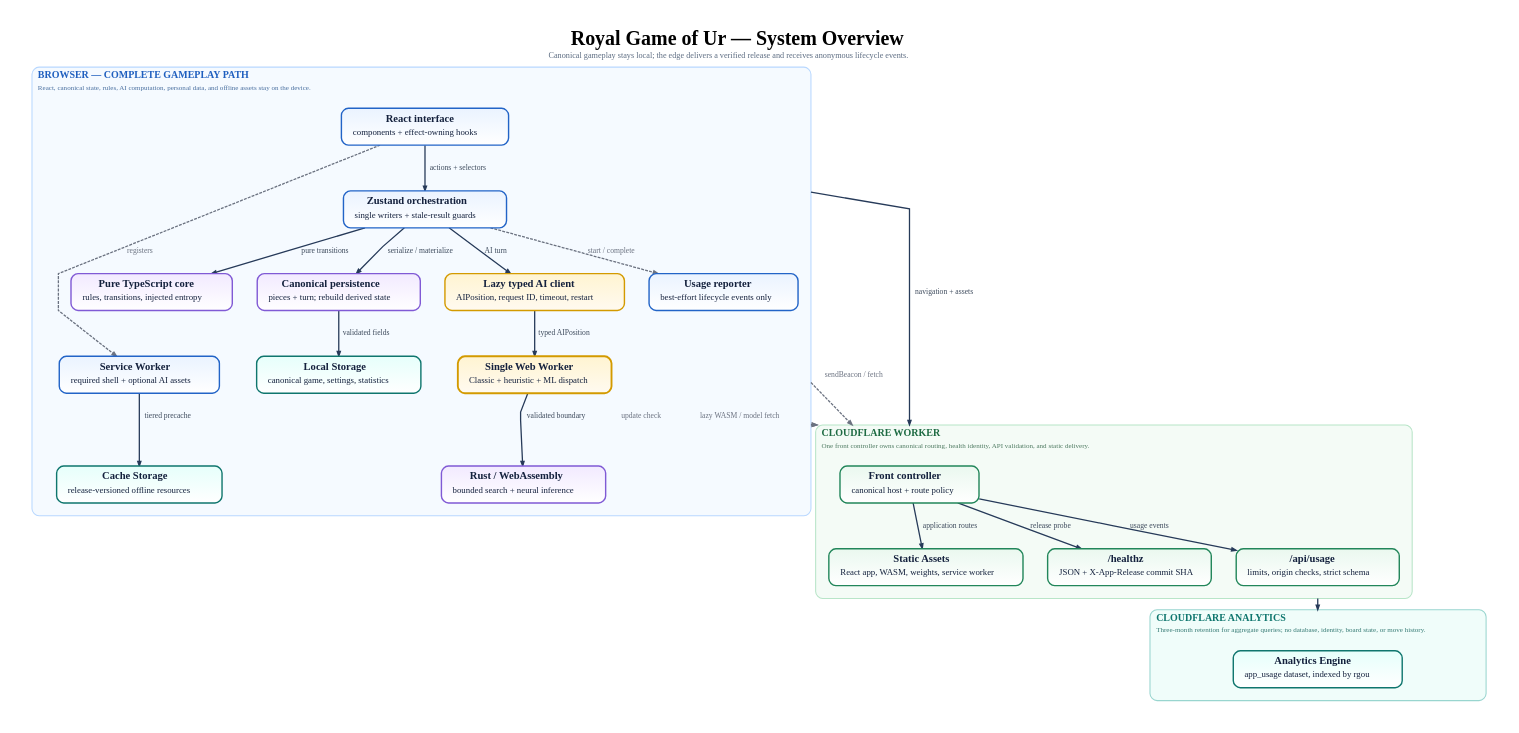
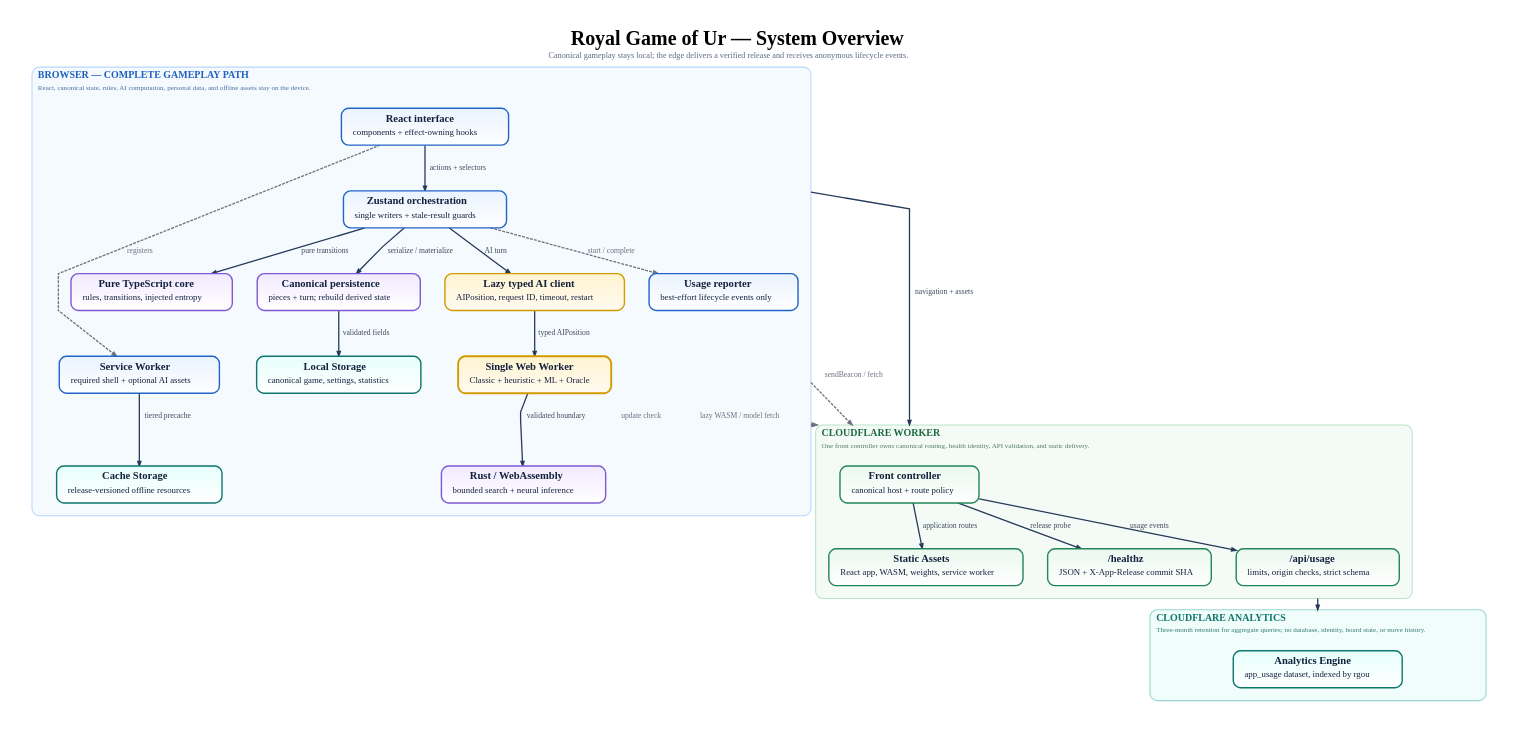
One commit to tre-systems/rgou-cloudflare changed the diagram in docs/diagrams/system-overview.dot. Above: the diagram before and after it, drawn with Graphviz. The commit also changed 45 other files, not shown here.

```diff
--- a/docs/diagrams/system-overview.dot
+++ b/docs/diagrams/system-overview.dot
@@ -1,125 +1,125 @@
 digraph SystemOverview {
   graph [
     rankdir=TB,
     bgcolor="#ffffff",
     pad="0.55",
     nodesep="0.58",
     ranksep="0.88",
     splines=polyline,
     outputorder=edgesfirst,
     compound=true,
     newrank=true,
     forcelabels=true,
     fontname="Avenir",
     label=<<TABLE BORDER="0" CELLBORDER="0" CELLSPACING="0" CELLPADDING="0"><TR><TD><FONT POINT-SIZE="34"><B>Royal Game of Ur — System Overview</B></FONT></TD></TR><TR><TD><FONT POINT-SIZE="14" COLOR="#5b6b80">Canonical gameplay stays local; the edge delivers a verified release and receives anonymous lifecycle events.</FONT></TD></TR></TABLE>>,
     labelloc=t,
     labeljust=c
   ];
 
   node [
     shape=box,
     style="rounded,filled",
     margin="0.21,0.13",
     width=2.85,
     height=0.72,
     fontname="Avenir",
     fontsize=18,
     penwidth=2.4,
     fontcolor="#14213d",
     color="#2264c7",
     fillcolor="#eaf3ff:#ffffff",
     gradientangle=270
   ];
 
   edge [
     color="#263a59",
     fontname="Avenir",
     fontsize=13,
     fontcolor="#3d4a5c",
     penwidth=2.2,
     arrowsize=0.78
   ];
 
   subgraph cluster_browser {
     graph [
       label=<<TABLE BORDER="0" CELLBORDER="0" CELLSPACING="0" CELLPADDING="2"><TR><TD ALIGN="LEFT"><FONT POINT-SIZE="17" COLOR="#1f5fbf"><B>BROWSER — COMPLETE GAMEPLAY PATH</B></FONT></TD></TR><TR><TD ALIGN="LEFT"><FONT POINT-SIZE="12" COLOR="#496f9f">React, canonical state, rules, AI computation, personal data, and offline assets stay on the device.</FONT></TD></TR></TABLE>>,
       labelloc=t,
       labeljust=l,
       color="#b9d8ff",
       fillcolor="#f5faff",
       style="rounded,filled",
       penwidth=1.8,
       margin=22
     ];
 
     UI [label=<<TABLE BORDER="0" CELLBORDER="0" CELLSPACING="0" CELLPADDING="0"><TR><TD><B>React interface</B></TD></TR><TR><TD CELLPADDING="4"><FONT POINT-SIZE="15">components + effect-owning hooks</FONT></TD></TR></TABLE>>];
     STORE [label=<<TABLE BORDER="0" CELLBORDER="0" CELLSPACING="0" CELLPADDING="0"><TR><TD><B>Zustand orchestration</B></TD></TR><TR><TD CELLPADDING="4"><FONT POINT-SIZE="15">single writers + stale-result guards</FONT></TD></TR></TABLE>>];
     CORE [label=<<TABLE BORDER="0" CELLBORDER="0" CELLSPACING="0" CELLPADDING="0"><TR><TD><B>Pure TypeScript core</B></TD></TR><TR><TD CELLPADDING="4"><FONT POINT-SIZE="15">rules, transitions, injected entropy</FONT></TD></TR></TABLE>>, fillcolor="#f2eaff:#ffffff", color="#805ad5"];
     PROJECTION [label=<<TABLE BORDER="0" CELLBORDER="0" CELLSPACING="0" CELLPADDING="0"><TR><TD><B>Canonical persistence</B></TD></TR><TR><TD CELLPADDING="4"><FONT POINT-SIZE="15">pieces + turn; rebuild derived state</FONT></TD></TR></TABLE>>, fillcolor="#f2eaff:#ffffff", color="#805ad5"];
     CLIENT [label=<<TABLE BORDER="0" CELLBORDER="0" CELLSPACING="0" CELLPADDING="0"><TR><TD><B>Lazy typed AI client</B></TD></TR><TR><TD CELLPADDING="4"><FONT POINT-SIZE="15">AIPosition, request ID, timeout, restart</FONT></TD></TR></TABLE>>, fillcolor="#fff4d1:#fffaf0", color="#d39a00"];
-    WORKER [label=<<TABLE BORDER="0" CELLBORDER="0" CELLSPACING="0" CELLPADDING="0"><TR><TD><B>Single Web Worker</B></TD></TR><TR><TD CELLPADDING="4"><FONT POINT-SIZE="15">Classic + heuristic + ML dispatch</FONT></TD></TR></TABLE>>, fillcolor="#fff4d1:#fffaf0", color="#d39a00", penwidth=3.2];
+    WORKER [label=<<TABLE BORDER="0" CELLBORDER="0" CELLSPACING="0" CELLPADDING="0"><TR><TD><B>Single Web Worker</B></TD></TR><TR><TD CELLPADDING="4"><FONT POINT-SIZE="15">Classic + heuristic + ML + Oracle</FONT></TD></TR></TABLE>>, fillcolor="#fff4d1:#fffaf0", color="#d39a00", penwidth=3.2];
     WASM [label=<<TABLE BORDER="0" CELLBORDER="0" CELLSPACING="0" CELLPADDING="0"><TR><TD><B>Rust / WebAssembly</B></TD></TR><TR><TD CELLPADDING="4"><FONT POINT-SIZE="15">bounded search + neural inference</FONT></TD></TR></TABLE>>, fillcolor="#f2eaff:#ffffff", color="#805ad5"];
     USAGE [label=<<TABLE BORDER="0" CELLBORDER="0" CELLSPACING="0" CELLPADDING="0"><TR><TD><B>Usage reporter</B></TD></TR><TR><TD CELLPADDING="4"><FONT POINT-SIZE="15">best-effort lifecycle events only</FONT></TD></TR></TABLE>>];
     SW [label=<<TABLE BORDER="0" CELLBORDER="0" CELLSPACING="0" CELLPADDING="0"><TR><TD><B>Service Worker</B></TD></TR><TR><TD CELLPADDING="4"><FONT POINT-SIZE="15">required shell + optional AI assets</FONT></TD></TR></TABLE>>];
     LOCAL [label=<<TABLE BORDER="0" CELLBORDER="0" CELLSPACING="0" CELLPADDING="0"><TR><TD><B>Local Storage</B></TD></TR><TR><TD CELLPADDING="4"><FONT POINT-SIZE="15">canonical game, settings, statistics</FONT></TD></TR></TABLE>>, fillcolor="#e6fffb:#ffffff", color="#0f766e"];
     CACHE [label=<<TABLE BORDER="0" CELLBORDER="0" CELLSPACING="0" CELLPADDING="0"><TR><TD><B>Cache Storage</B></TD></TR><TR><TD CELLPADDING="4"><FONT POINT-SIZE="15">release-versioned offline resources</FONT></TD></TR></TABLE>>, fillcolor="#e6fffb:#ffffff", color="#0f766e"];
 
     UI -> STORE [label="actions + selectors"];
     STORE -> CORE [label="pure transitions"];
     STORE -> PROJECTION [label="serialize / materialize"];
     PROJECTION -> LOCAL [label="validated fields"];
     STORE -> CLIENT [label="AI turn"];
     CLIENT -> WORKER [label="typed AIPosition"];
     WORKER -> WASM [label="validated boundary"];
     STORE -> USAGE [label="start / complete", style=dashed, color="#6b7280", fontcolor="#6b7280"];
     UI -> SW [label="registers", style=dashed, color="#6b7280", fontcolor="#6b7280"];
     SW -> CACHE [label="tiered precache"];
 
     { rank=same; CORE; PROJECTION; CLIENT; USAGE; }
     { rank=same; LOCAL; WORKER; SW; }
   }
 
   subgraph cluster_edge {
     graph [
       label=<<TABLE BORDER="0" CELLBORDER="0" CELLSPACING="0" CELLPADDING="2"><TR><TD ALIGN="LEFT"><FONT POINT-SIZE="17" COLOR="#1e6b43"><B>CLOUDFLARE WORKER</B></FONT></TD></TR><TR><TD ALIGN="LEFT"><FONT POINT-SIZE="12" COLOR="#4e7a61">One front controller owns canonical routing, health identity, API validation, and static delivery.</FONT></TD></TR></TABLE>>,
       labelloc=t,
       labeljust=l,
       color="#b8e5c8",
       fillcolor="#f4fbf6",
       style="rounded,filled",
       penwidth=1.8,
       margin=22
     ];
 
     FRONT [label=<<TABLE BORDER="0" CELLBORDER="0" CELLSPACING="0" CELLPADDING="0"><TR><TD><B>Front controller</B></TD></TR><TR><TD CELLPADDING="4"><FONT POINT-SIZE="15">canonical host + route policy</FONT></TD></TR></TABLE>>, fillcolor="#eaf8ef:#ffffff", color="#22865a"];
     ASSETS [label=<<TABLE BORDER="0" CELLBORDER="0" CELLSPACING="0" CELLPADDING="0"><TR><TD><B>Static Assets</B></TD></TR><TR><TD CELLPADDING="4"><FONT POINT-SIZE="15">React app, WASM, weights, service worker</FONT></TD></TR></TABLE>>, fillcolor="#eaf8ef:#ffffff", color="#22865a"];
     HEALTH [label=<<TABLE BORDER="0" CELLBORDER="0" CELLSPACING="0" CELLPADDING="0"><TR><TD><B>/healthz</B></TD></TR><TR><TD CELLPADDING="4"><FONT POINT-SIZE="15">JSON + X-App-Release commit SHA</FONT></TD></TR></TABLE>>, fillcolor="#eaf8ef:#ffffff", color="#22865a"];
     API [label=<<TABLE BORDER="0" CELLBORDER="0" CELLSPACING="0" CELLPADDING="0"><TR><TD><B>/api/usage</B></TD></TR><TR><TD CELLPADDING="4"><FONT POINT-SIZE="15">limits, origin checks, strict schema</FONT></TD></TR></TABLE>>, fillcolor="#eaf8ef:#ffffff", color="#22865a"];
 
     FRONT -> ASSETS [label="application routes"];
     FRONT -> HEALTH [label="release probe"];
     FRONT -> API [label="usage events"];
     { rank=same; ASSETS; HEALTH; API; }
   }
 
   subgraph cluster_cloud_data {
     graph [
       label=<<TABLE BORDER="0" CELLBORDER="0" CELLSPACING="0" CELLPADDING="2"><TR><TD ALIGN="LEFT"><FONT POINT-SIZE="17" COLOR="#0f766e"><B>CLOUDFLARE ANALYTICS</B></FONT></TD></TR><TR><TD ALIGN="LEFT"><FONT POINT-SIZE="12" COLOR="#357a74">Three-month retention for aggregate queries; no database, identity, board state, or move history.</FONT></TD></TR></TABLE>>,
       labelloc=t,
       labeljust=l,
       color="#99d5cf",
       fillcolor="#f0fdfa",
       style="rounded,filled",
       penwidth=1.8,
       margin=22
     ];
 
     ANALYTICS [label=<<TABLE BORDER="0" CELLBORDER="0" CELLSPACING="0" CELLPADDING="0"><TR><TD><B>Analytics Engine</B></TD></TR><TR><TD CELLPADDING="4"><FONT POINT-SIZE="15">app_usage dataset, indexed by rgou</FONT></TD></TR></TABLE>>, fillcolor="#e6fffb:#ffffff", color="#0f766e"];
   }
 
   UI -> FRONT [label="navigation + assets", ltail=cluster_browser, lhead=cluster_edge];
   WORKER -> FRONT [label="lazy WASM / model fetch", ltail=cluster_browser, lhead=cluster_edge, style=dashed, color="#6b7280", fontcolor="#6b7280"];
   SW -> FRONT [label="update check", ltail=cluster_browser, lhead=cluster_edge, style=dashed, color="#6b7280", fontcolor="#6b7280"];
   USAGE -> FRONT [label="sendBeacon / fetch", ltail=cluster_browser, lhead=cluster_edge, style=dashed, color="#6b7280", fontcolor="#6b7280"];
   API -> ANALYTICS [ltail=cluster_edge, lhead=cluster_cloud_data];
 }
```
